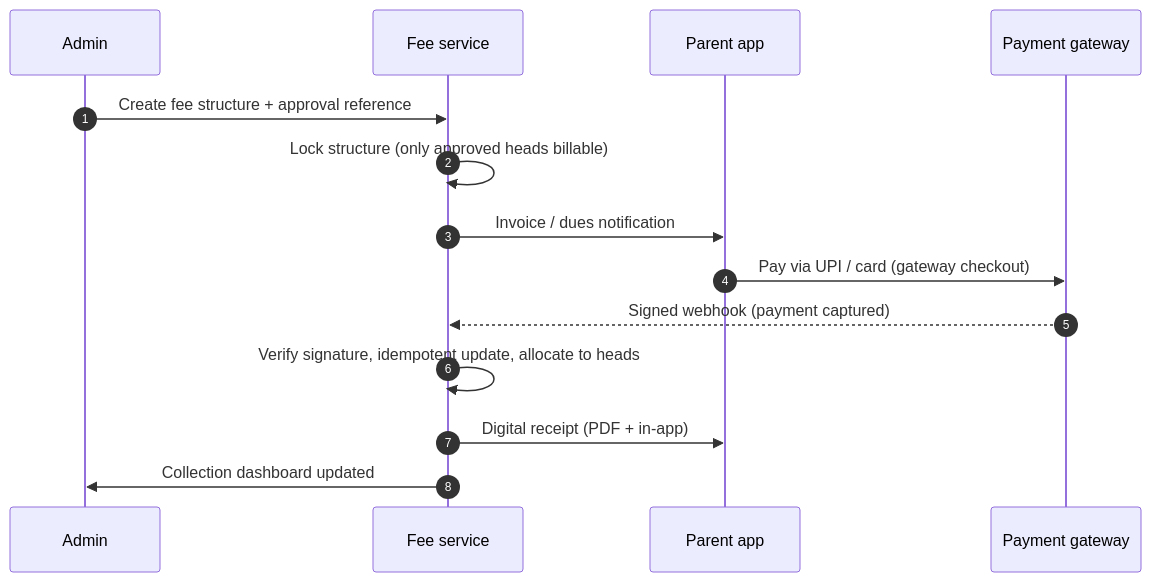
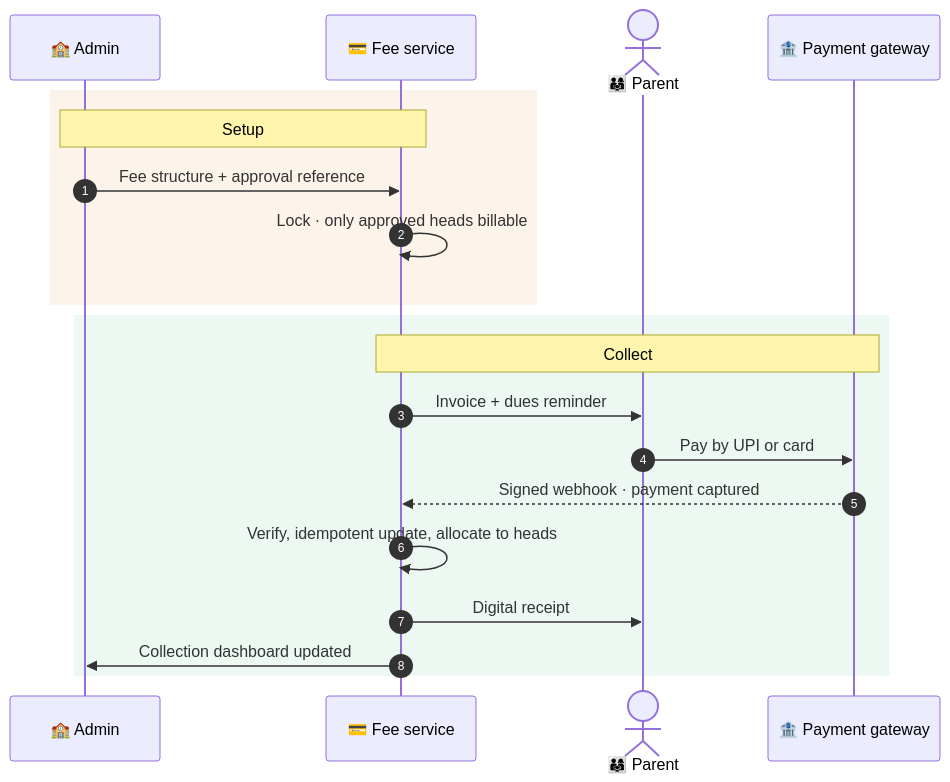
Before and after one commit to Vijay190899/acadstart: the eighth of 14 diagrams in README.md, drawn with Mermaid. The commit also changed other lines of this file and 1 other file, not shown here.

Commit message:
Rewrite README: signature features (Custody Chain, Safe Handover, voice-first Tamil assistant, Snap-to-Digitise, digital diary), styled Mermaid diagrams, updated game plan and scale-up list

````diff
--- a/README.md
+++ b/README.md
@@ -231,16 +407,22 @@
 ```mermaid
 sequenceDiagram
   autonumber
-  participant A as Admin
-  participant F as Fee service
-  participant P as Parent app
-  participant G as Payment gateway
-  A->>F: Create fee structure + approval reference
-  F->>F: Lock structure (only approved heads billable)
-  F->>P: Invoice / dues notification
-  P->>G: Pay via UPI / card (gateway checkout)
-  G-->>F: Signed webhook (payment captured)
-  F->>F: Verify signature, idempotent update, allocate to heads
-  F->>P: Digital receipt (PDF + in-app)
+  participant A as 🏫 Admin
+  participant F as 💳 Fee service
+  actor P as 👨‍👩‍👧 Parent
+  participant G as 🏦 Payment gateway
+  rect rgba(217, 119, 6, 0.08)
+  Note over A,F: Setup
+  A->>F: Fee structure + approval reference
+  F->>F: Lock · only approved heads billable
+  end
+  rect rgba(22, 163, 74, 0.08)
+  Note over F,G: Collect
+  F->>P: Invoice + dues reminder
+  P->>G: Pay by UPI or card
+  G-->>F: Signed webhook · payment captured
+  F->>F: Verify, idempotent update, allocate to heads
+  F->>P: Digital receipt
   F->>A: Collection dashboard updated
+  end
 ```
````
